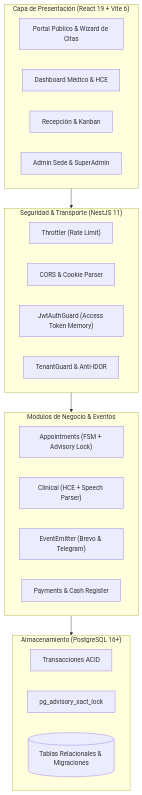
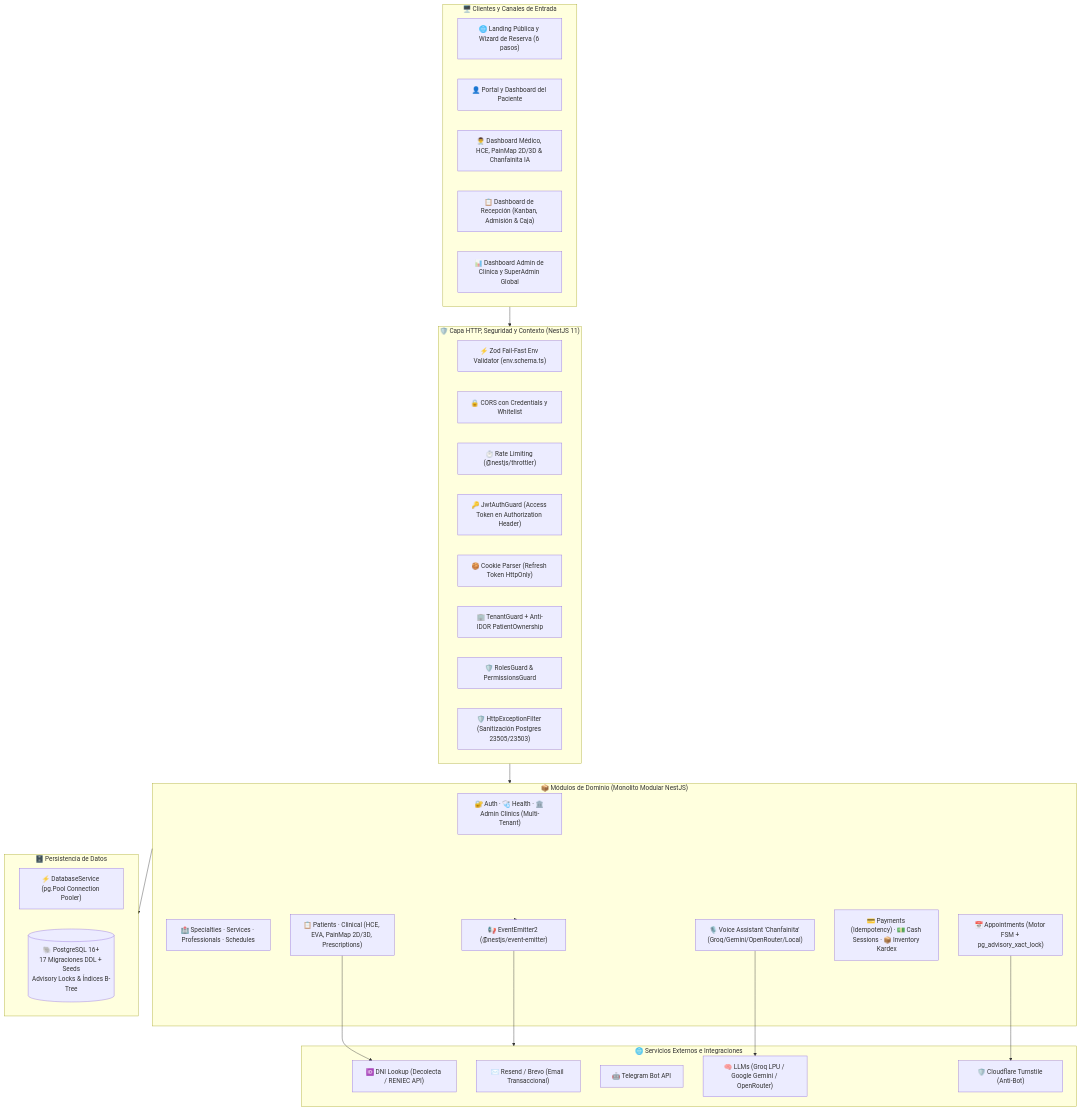
One commit to Alessander9/SistemaCitas_ok changed the first of 4 diagrams in docs/ARCHITECTURE.md. Above: the diagram before and after it, drawn with Mermaid. The commit also changed other lines of this file and 1 other file, not shown here.

Commit message:
docs: update README with standard template, full env and architecture documentation

````diff
--- a/docs/ARCHITECTURE.md
+++ b/docs/ARCHITECTURE.md
@@ -11,33 +39,53 @@
 ```mermaid
 flowchart TB
-    subgraph UI ["Capa de Presentación (React 19 + Vite 6)"]
-        PUBLIC["Portal Público & Wizard de Citas"]
-        DASH_MED["Dashboard Médico & HCE"]
-        DASH_REC["Recepción & Kanban"]
-        DASH_ADM["Admin Sede & SuperAdmin"]
+    subgraph CLIENTS ["🖥️ Clientes y Canales de Entrada"]
+        WEB_PUB["🌐 Landing Pública y Wizard de Reserva (6 pasos)"]
+        PORTAL_PAC["👤 Portal y Dashboard del Paciente"]
+        PORTAL_MED["👨‍⚕️ Dashboard Médico, HCE, PainMap 2D/3D & Chanfainita IA"]
+        PORTAL_REC["📋 Dashboard de Recepción (Kanban, Admisión & Caja)"]
+        PORTAL_ADM["📊 Dashboard Admin de Clínica y SuperAdmin Global"]
     end
 
-    subgraph GW ["Seguridad & Transporte (NestJS 11)"]
-        THROTTLE["Throttler (Rate Limit)"]
-        CORS["CORS & Cookie Parser"]
-        JWT_GUARD["JwtAuthGuard (Access Token Memory)"]
-        TENANT_GUARD["TenantGuard & Anti-IDOR"]
+    subgraph GATEWAY ["🛡️ Capa HTTP, Seguridad y Contexto (NestJS 11)"]
+        ENV_ZOD["⚡ Zod Fail-Fast Env Validator (env.schema.ts)"]
+        CORS_SEC["🔒 CORS con Credentials y Whitelist"]
+        THROTTLER["⏱️ Rate Limiting (@nestjs/throttler)"]
+        AUTH_GUARD["🔑 JwtAuthGuard (Access Token en Authorization Header)"]
+        COOKIE_PARSER["🍪 Cookie Parser (Refresh Token HttpOnly)"]
+        TENANT_GUARD["🏢 TenantGuard + Anti-IDOR PatientOwnership"]
+        RBAC_GUARD["🛡️ RolesGuard & PermissionsGuard"]
+        EXC_FILTER["🛡️ HttpExceptionFilter (Sanitización Postgres 23505/23503)"]
     end
 
-    subgraph CORE ["Módulos de Negocio & Eventos"]
-        APPT["Appointments (FSM + Advisory Lock)"]
-        CLINICAL["Clinical (HCE + Speech Parser)"]
-        EVENTS["EventEmitter (Brevo & Telegram)"]
-        FINANCE["Payments & Cash Register"]
+    subgraph BUSINESS ["📦 Módulos de Dominio (Monolito Modular NestJS)"]
+        CORE_MOD["🔐 Auth · 🩺 Health · 🏛️ Admin Clinics (Multi-Tenant)"]
+        CAT_MOD["🏥 Specialties · Services · Professionals · Schedules"]
+        APPT_MOD["📅 Appointments (Motor FSM + pg_advisory_xact_lock)"]
+        CLIN_MOD["📋 Patients · Clinical (HCE, EVA, PainMap 2D/3D, Prescriptions)"]
+        VOICE_MOD["🎙️ Voice Assistant 'Chanfainita' (Groq/Gemini/OpenRouter/Local)"]
+        FIN_MOD["💳 Payments (Idempotency) · 💵 Cash Sessions · 📦 Inventory Kardex"]
+        EVENT_BUS["📢 EventEmitter2 (@nestjs/event-emitter)"]
     end
 
-    subgraph DB ["Almacenamiento (PostgreSQL 16+)"]
-        TRANS["Transacciones ACID"]
-        LOCKS["pg_advisory_xact_lock"]
-        TABLES[("Tablas Relacionales & Migraciones")]
+    subgraph EXTERNAL ["🌐 Servicios Externos e Integraciones"]
+        RENIEC["🆔 DNI Lookup (Decolecta / RENIEC API)"]
+        RESEND["✉️ Resend / Brevo (Email Transaccional)"]
+        TG_BOT["🤖 Telegram Bot API"]
+        LLM_APIS["🧠 LLMs (Groq LPU / Google Gemini / OpenRouter)"]
+        TURNSTILE["🛡️ Cloudflare Turnstile (Anti-Bot)"]
     end
 
-    UI --> GW
-    GW --> CORE
-    CORE --> DB
+    subgraph STORAGE ["🗄️ Persistencia de Datos"]
+        POOL["⚡ DatabaseService (pg.Pool Connection Pooler)"]
+        PG_DB[("🐘 PostgreSQL 16+\n17 Migraciones DDL + Seeds\nAdvisory Locks & Índices B-Tree")]
+    end
+
+    CLIENTS --> GATEWAY
+    GATEWAY --> BUSINESS
+    BUSINESS --> STORAGE
+    BUSINESS --> EVENT_BUS
+    EVENT_BUS --> EXTERNAL
+    VOICE_MOD --> LLM_APIS
+    APPT_MOD --> TURNSTILE
+    CLIN_MOD --> RENIEC
 ```
````
